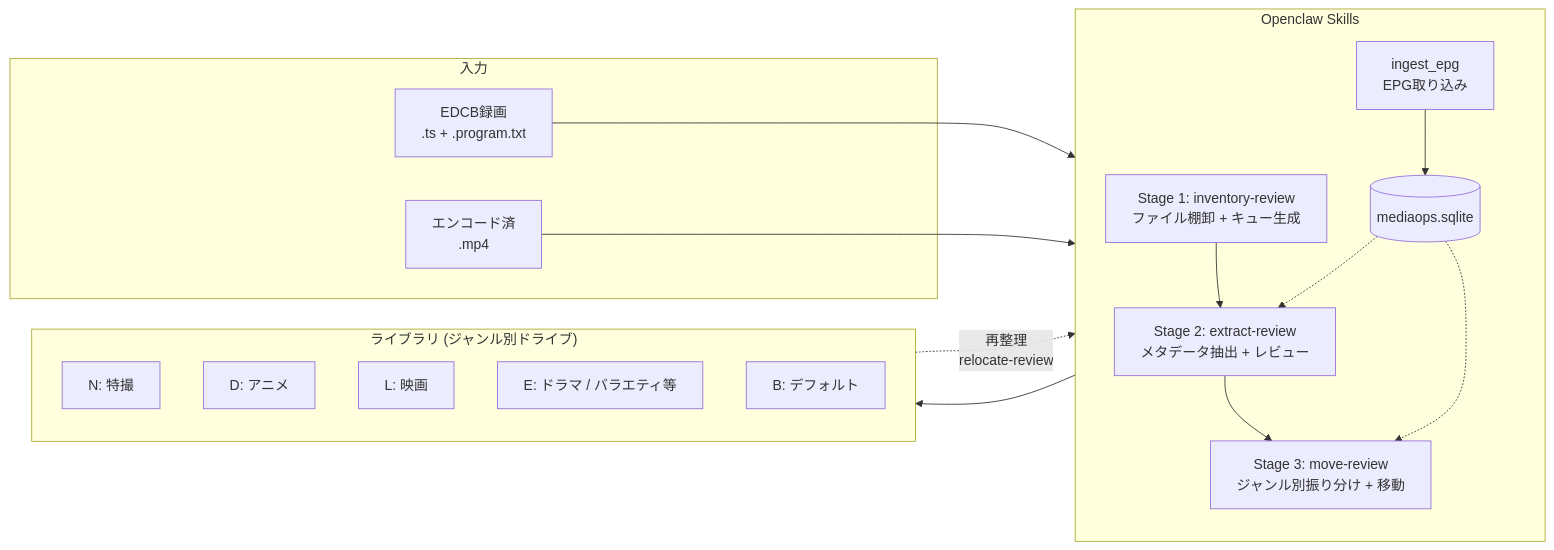
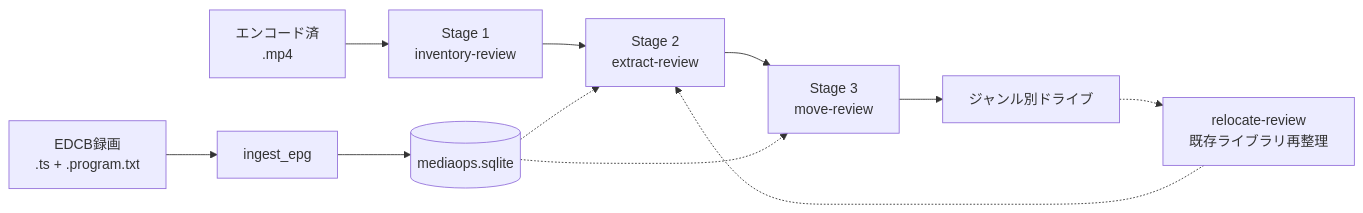
Before and after one commit to NEXTAltair/video-library-pipeline: the diagram in README.md, drawn with Mermaid. The commit also changed other lines of this file and 7 other files, not shown here.

````diff
--- a/README.md
+++ b/README.md
@@ -36,35 +45,18 @@
 ```mermaid
 flowchart LR
-    subgraph SRC["入力"]
-        TS["EDCB録画<br>.ts + .program.txt"]
-        MP4["エンコード済<br>.mp4"]
-    end
+    TS["EDCB録画<br>.ts + .program.txt"]
+    MP4["エンコード済<br>.mp4"]
+    EPG["ingest_epg"]
+    S1["Stage 1<br>inventory-review"]
+    S2["Stage 2<br>extract-review"]
+    S3["Stage 3<br>move-review"]
+    DB[("mediaops.sqlite")]
+    DST["ジャンル別ドライブ"]
+    RELOC["relocate-review<br>既存ライブラリ再整理"]
 
-    subgraph PIPELINE["Openclaw Skills"]
-        direction TB
-        S0["ingest_epg<br>EPG取り込み"]
-        S1["Stage 1: inventory-review<br>ファイル棚卸 + キュー生成"]
-        S2["Stage 2: extract-review<br>メタデータ抽出 + レビュー"]
-        S3["Stage 3: move-review<br>ジャンル別振り分け + 移動"]
-        DB[("mediaops.sqlite")]
-
-        S0 --> DB
-        S1 --> S2 --> S3
-        DB -.-> S2
-        DB -.-> S3
-    end
-
-    subgraph DST["ライブラリ (ジャンル別ドライブ)"]
-        D1["N: 特撮"]
-        D2["D: アニメ"]
-        D3["L: 映画"]
-        D4["E: ドラマ / バラエティ等"]
-        D5["B: デフォルト"]
-    end
-
-    TS --> S0
-    MP4 --> S1
-    S3 --> DST
-
-    DST -. "再整理<br>relocate-review" .-> S2
+    TS --> EPG --> DB
+    MP4 --> S1 --> S2 --> S3 --> DST
+    DB -.-> S2
+    DB -.-> S3
+    DST -.-> RELOC -.-> S2
 ```
````
